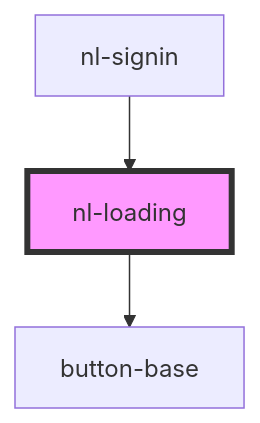
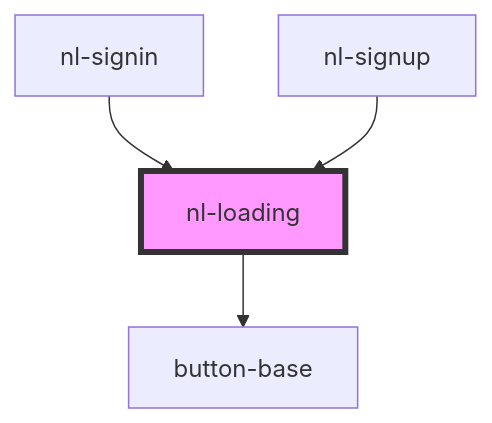
The diagram in packages/components/src/components/nl-loading/readme.md (nostrband/nostr-login), drawn with Mermaid before and after one commit. The commit also changed other lines of this file and 7 other files, not shown here.

````diff
--- a/packages/components/src/components/nl-loading/readme.md
+++ b/packages/components/src/components/nl-loading/readme.md
@@ -26,6 +27,7 @@
 ```mermaid
 graph TD;
   nl-loading --> button-base
   nl-signin --> nl-loading
+  nl-signup --> nl-loading
   style nl-loading fill:#f9f,stroke:#333,stroke-width:4px
 ```
````
